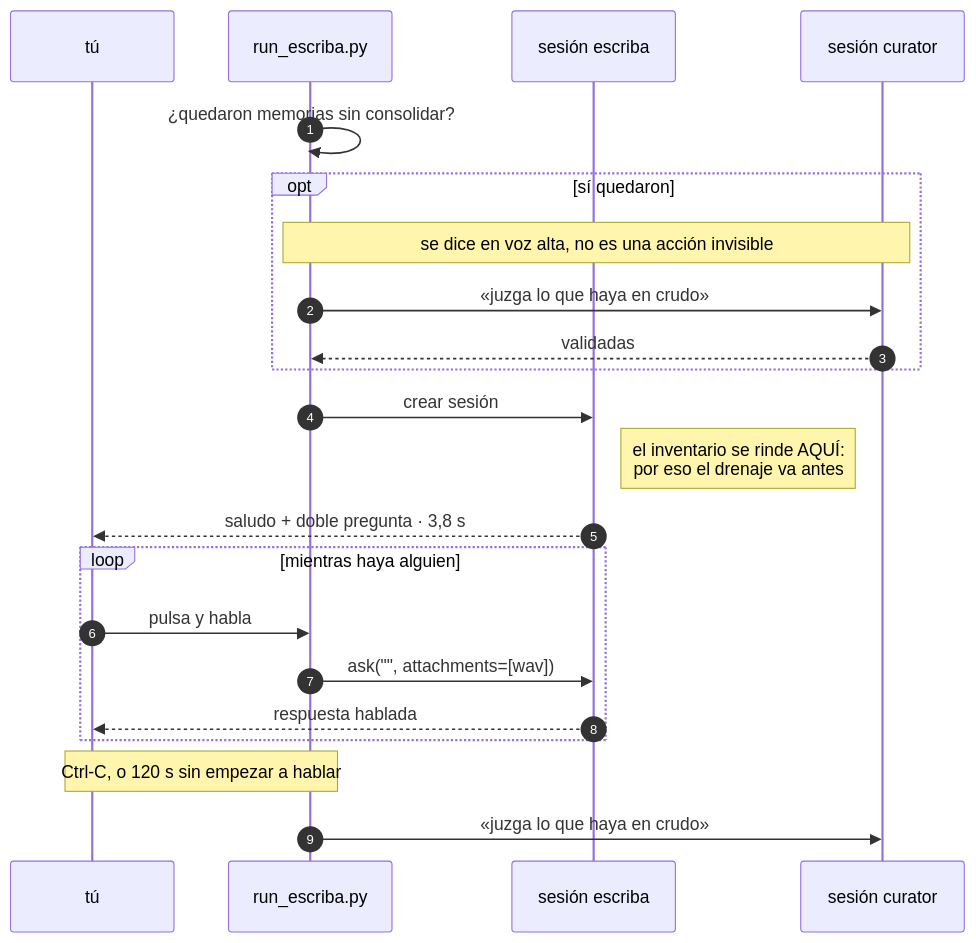
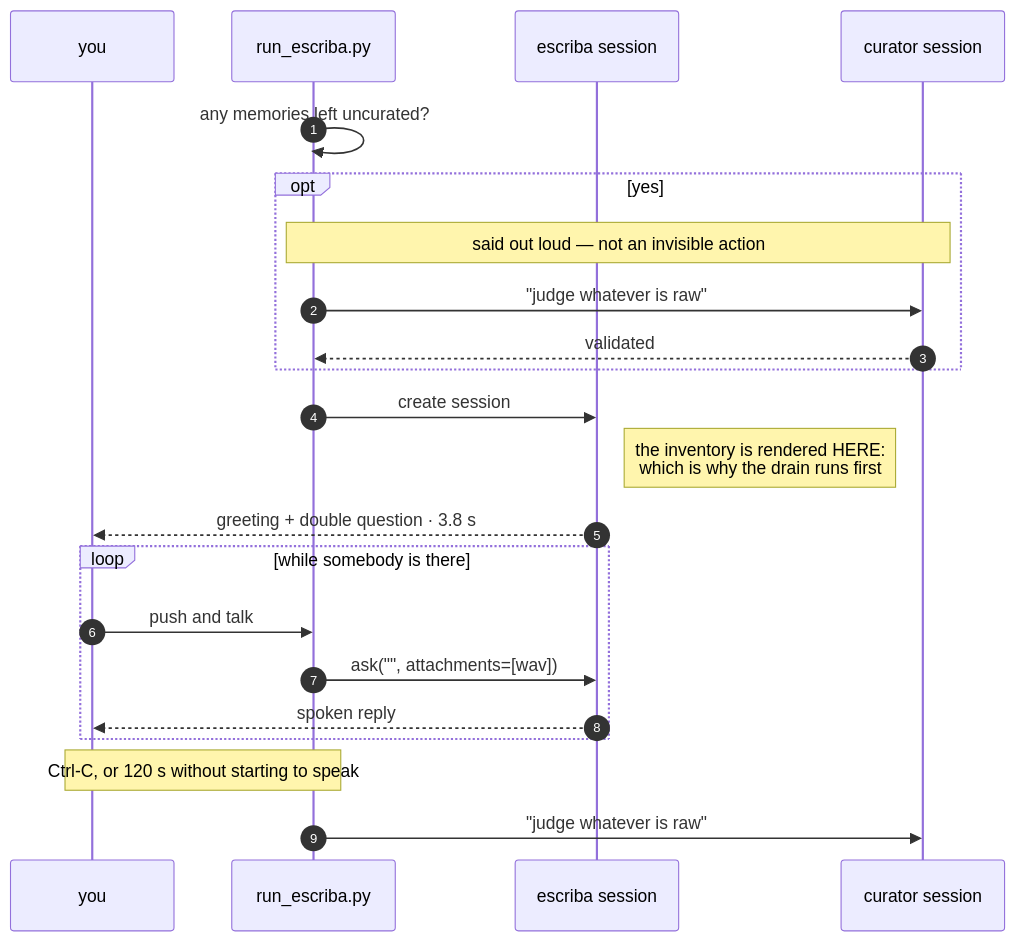
One commit to Jaato-framework-and-examples/jaato-escriba changed the second of 3 diagrams in README.md. Above: the diagram before and after it, drawn with Mermaid. The commit also changed other lines of this file and 18 other files, not shown here.

````diff
--- a/README.md
+++ b/README.md
@@ -77,28 +82,28 @@
 ```mermaid
 sequenceDiagram
     autonumber
-    participant T as tú
+    participant T as you
     participant D as run_escriba.py
-    participant E as sesión escriba
-    participant C as sesión curator
+    participant E as escriba session
+    participant C as curator session
 
-    D->>D: ¿quedaron memorias sin consolidar?
-    opt sí quedaron
-        Note over D,C: se dice en voz alta, no es una acción invisible
-        D->>C: «juzga lo que haya en crudo»
-        C-->>D: validadas
+    D->>D: any memories left uncurated?
+    opt yes
+        Note over D,C: said out loud — not an invisible action
+        D->>C: "judge whatever is raw"
+        C-->>D: validated
     end
 
-    D->>E: crear sesión
-    Note right of E: el inventario se rinde AQUÍ:<br/>por eso el drenaje va antes
-    E-->>T: saludo + doble pregunta · 3,8 s
+    D->>E: create session
+    Note right of E: the inventory is rendered HERE:<br/>which is why the drain runs first
+    E-->>T: greeting + double question · 3.8 s
 
-    loop mientras haya alguien
-        T->>D: pulsa y habla
+    loop while somebody is there
+        T->>D: push and talk
         D->>E: ask("", attachments=[wav])
-        E-->>T: respuesta hablada
+        E-->>T: spoken reply
     end
 
-    Note over T,D: Ctrl-C, o 120 s sin empezar a hablar
-    D->>C: «juzga lo que haya en crudo»
+    Note over T,D: Ctrl-C, or 120 s without starting to speak
+    D->>C: "judge whatever is raw"
 ```
````
